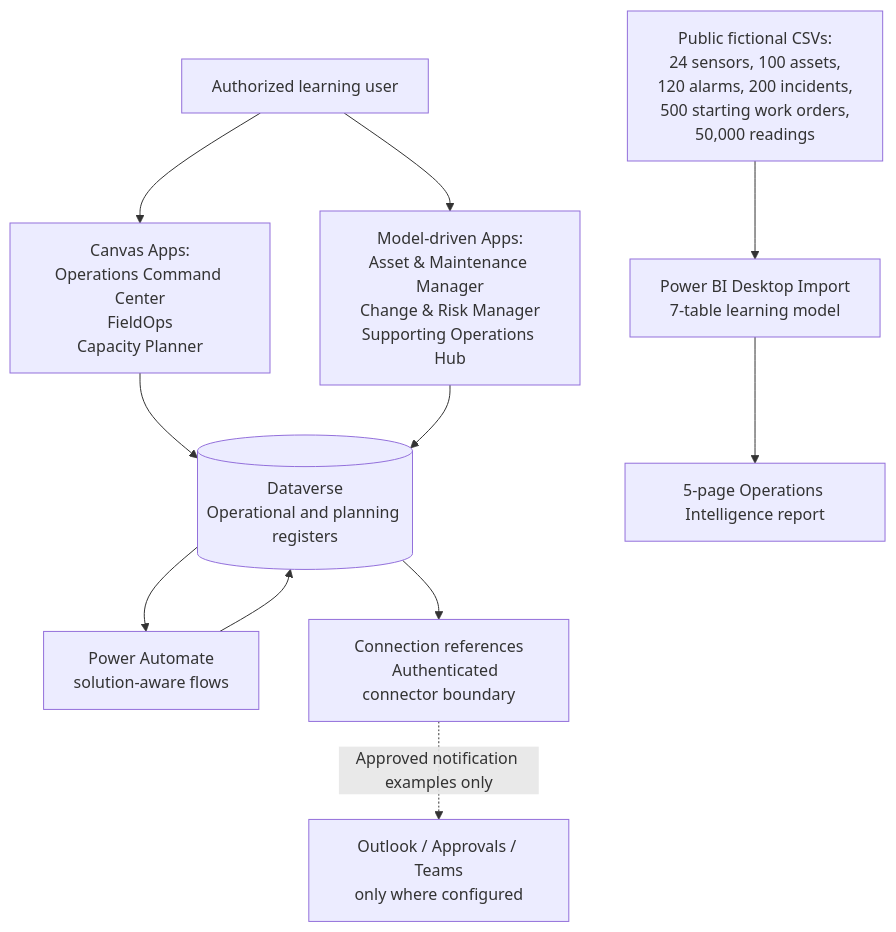
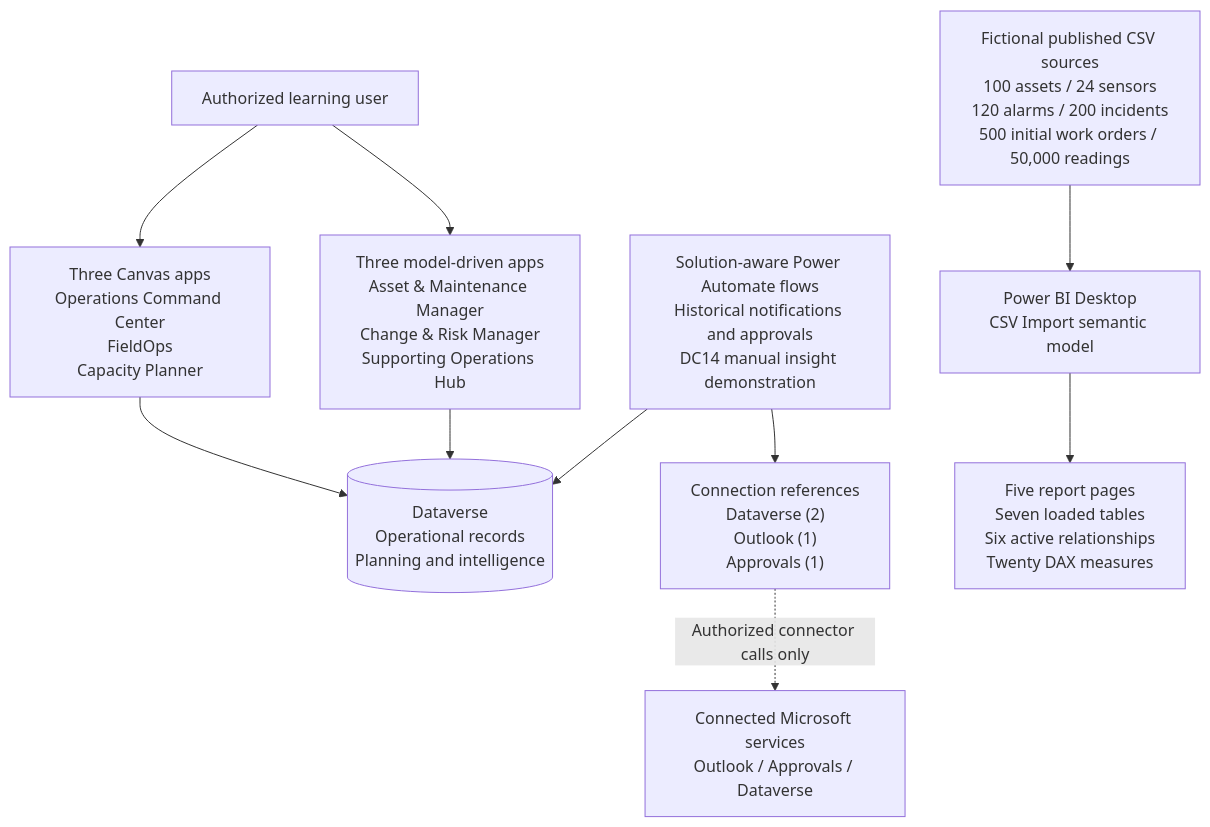
One commit to SunnyVerseAILabs/SunnyVerse-Intelligent-Applications-AB410 changed the diagram in Portfolio-Projects/Data-Center-Operations-360/portfolio/Architecture.md. Above: the diagram before and after it, drawn with Mermaid. The commit also changed other lines of this file, not shown here.

Commit message:
docs(dc360): rewrite Part 16 architecture with correct flow-owned connectors and evidence boundaries

````diff
--- a/Portfolio-Projects/Data-Center-Operations-360/portfolio/Architecture.md
+++ b/Portfolio-Projects/Data-Center-Operations-360/portfolio/Architecture.md
@@ -9,14 +9,12 @@
 ```mermaid
 flowchart TB
-    USER[Authorized learning user] --> CANVAS
-    USER --> MDA
-    CANVAS["Canvas Apps:<br/>Operations Command Center<br/>FieldOps<br/>Capacity Planner"] --> DV[("Dataverse<br/>Operational and planning registers")]
-    MDA["Model-driven Apps:<br/>Asset & Maintenance Manager<br/>Change & Risk Manager<br/>Supporting Operations Hub"] --> DV
-    DV --> FLOW["Power Automate<br/>solution-aware flows"]
-    FLOW --> DV
-    DV --> CONNECT[Connection references
-    Authenticated connector boundary]
-    CONNECT -. "Approved notification examples only" .-> M365["Outlook / Approvals / Teams<br/>only where configured"]
-    CSV["Public fictional CSVs:<br/>24 sensors, 100 assets,<br/>120 alarms, 200 incidents,<br/>500 starting work orders,<br/>50,000 readings"] --> BI["Power BI Desktop Import<br/>7-table learning model"]
-    BI --> REPORT["5-page Operations Intelligence report"]
+  USER["Authorized learning user"] --> CANVAS["Three Canvas apps<br/>Operations Command Center<br/>FieldOps<br/>Capacity Planner"]
+  USER --> MDA["Three model-driven apps<br/>Asset & Maintenance Manager<br/>Change & Risk Manager<br/>Supporting Operations Hub"]
+  CANVAS --> DV[("Dataverse<br/>Operational records<br/>Planning and intelligence")]
+  MDA --> DV
+  FLOW["Solution-aware Power Automate flows<br/>Historical notifications and approvals<br/>DC14 manual insight demonstration"] --> DV
+  FLOW --> CONN["Connection references<br/>Dataverse (2)<br/>Outlook (1)<br/>Approvals (1)"]
+  CONN -. "Authorized connector calls only" .-> EXT["Connected Microsoft services<br/>Outlook / Approvals / Dataverse"]
+  CSV["Fictional published CSV sources<br/>100 assets / 24 sensors<br/>120 alarms / 200 incidents<br/>500 initial work orders / 50,000 readings"] --> BI["Power BI Desktop<br/>CSV Import semantic model"]
+  BI --> PAGES["Five report pages<br/>Seven loaded tables<br/>Six active relationships<br/>Twenty DAX measures"]
 ```
````
